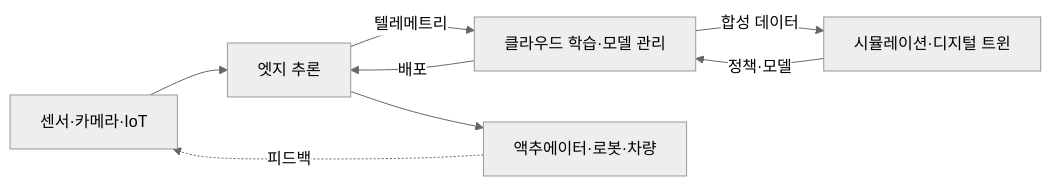
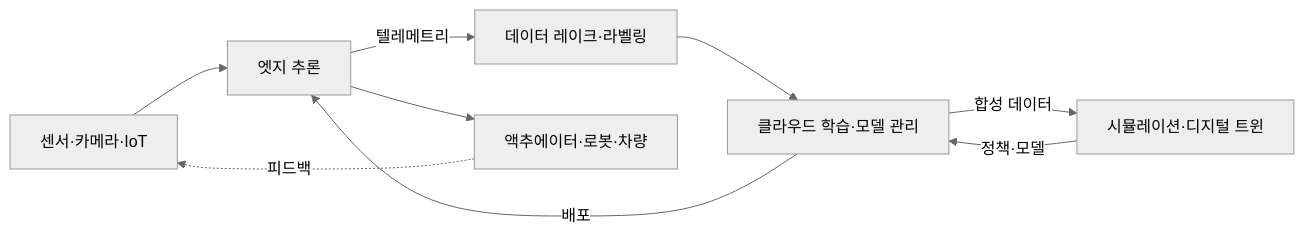
The diagram in src/content/docs/ko/ai/physical-ai.md (cloudpickr/cloudpick-docs), drawn with Mermaid (neutral theme) before and after one commit. The commit also changed other lines of this file and 2 other files, not shown here.

First line of the commit message:
docs(ai/physical-ai): 데이터 파이프라인·학습 규모·평가·난제 격자 보강

````diff
--- a/src/content/docs/ko/ai/physical-ai.md
+++ b/src/content/docs/ko/ai/physical-ai.md
@@ -14,10 +14,11 @@
 ```mermaid
 flowchart LR
     S[센서·카메라·IoT] --> E[엣지 추론]
-    E -->|텔레메트리| C[클라우드 학습·모델 관리]
+    E -->|텔레메트리| D[데이터 레이크·라벨링]
+    D --> C[클라우드 학습·모델 관리]
     C -->|합성 데이터| SIM[시뮬레이션·디지털 트윈]
     SIM -->|정책·모델| C
     C -->|배포| E
     E --> A[액추에이터·로봇·차량]
     A -.피드백.-> S
 ```
````
